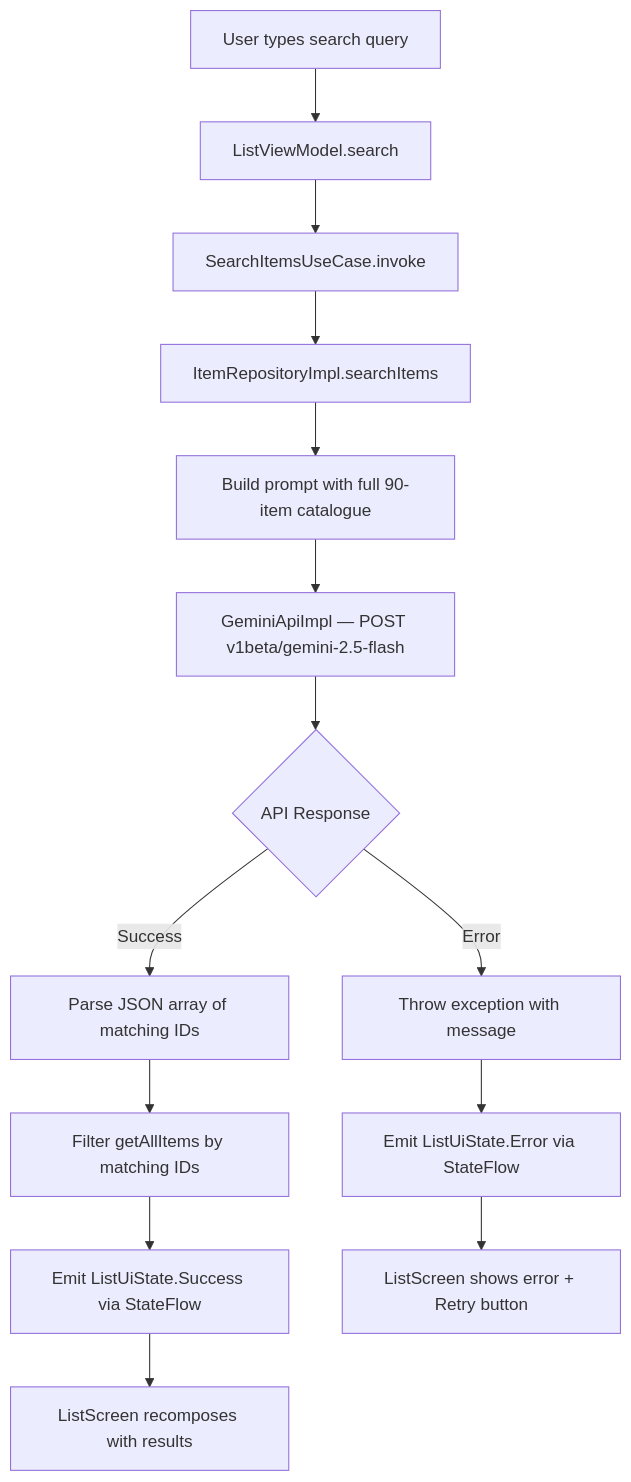
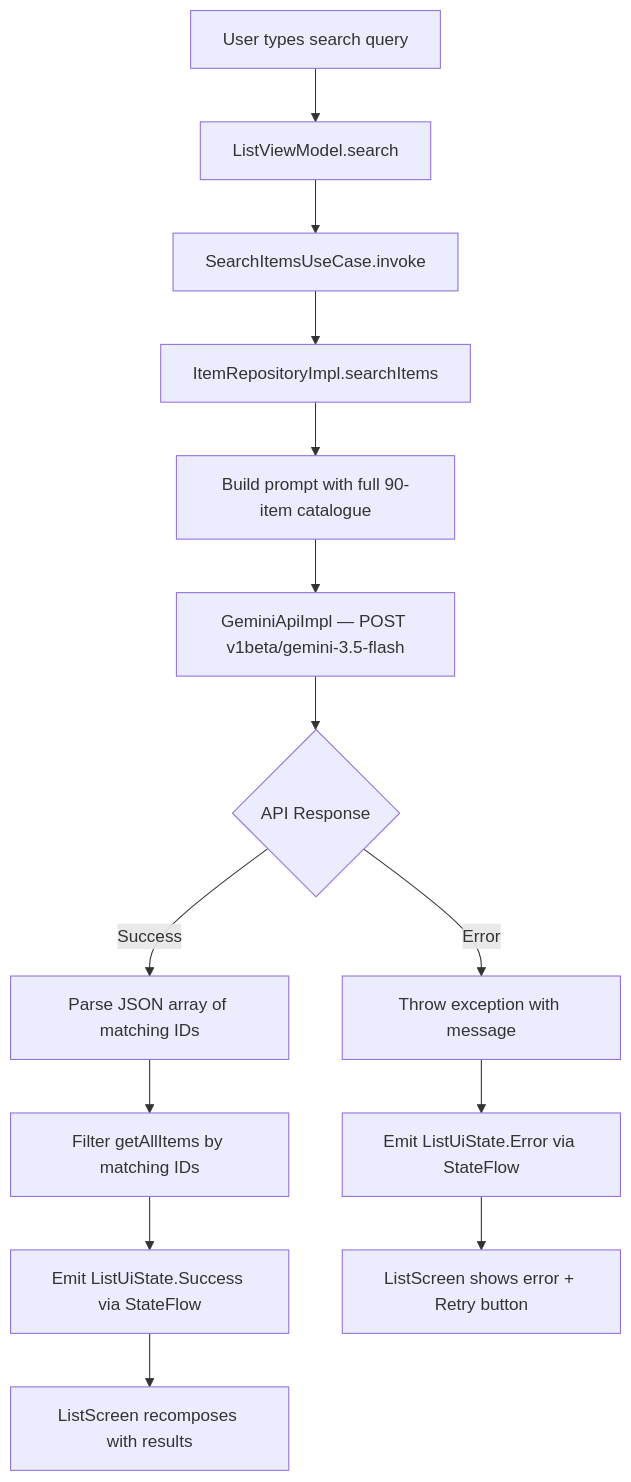
Before and after one commit to lakshmanreddymv/MySampleApplication-AI: the first of 2 diagrams in README.md, drawn with Mermaid. The commit also changed other lines of this file, not shown here.

Commit message:
docs: gemini-3.5-flash + accurate test counts

````diff
--- a/README.md
+++ b/README.md
@@ -56,16 +56,16 @@
 ```mermaid
 flowchart TD
     A[User types search query] --> B[ListViewModel.search]
     B --> C[SearchItemsUseCase.invoke]
     C --> D[ItemRepositoryImpl.searchItems]
     D --> E[Build prompt with full 90-item catalogue]
-    E --> F[GeminiApiImpl — POST v1beta/gemini-2.5-flash]
+    E --> F[GeminiApiImpl — POST v1beta/gemini-3.5-flash]
     F --> G{API Response}
     G -->|Success| H[Parse JSON array of matching IDs]
     G -->|Error| I[Throw exception with message]
     H --> J[Filter getAllItems by matching IDs]
     J --> K[Emit ListUiState.Success via StateFlow]
     I --> L[Emit ListUiState.Error via StateFlow]
     K --> M[ListScreen recomposes with results]
     L --> N[ListScreen shows error + Retry button]
 ```
````
